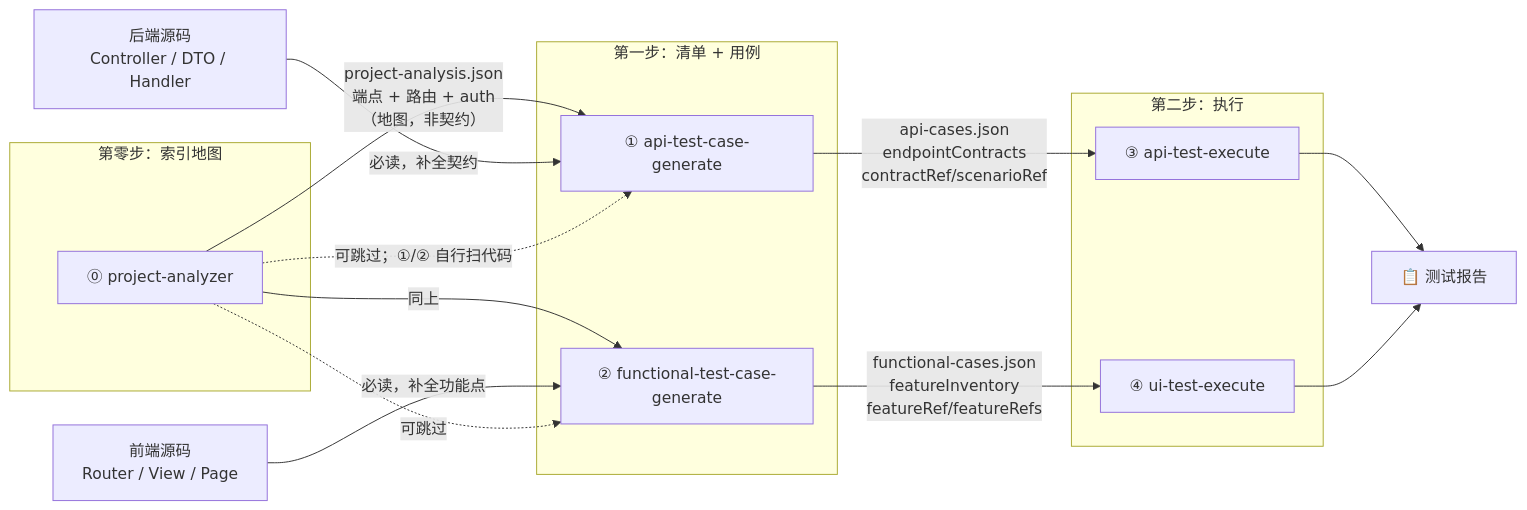
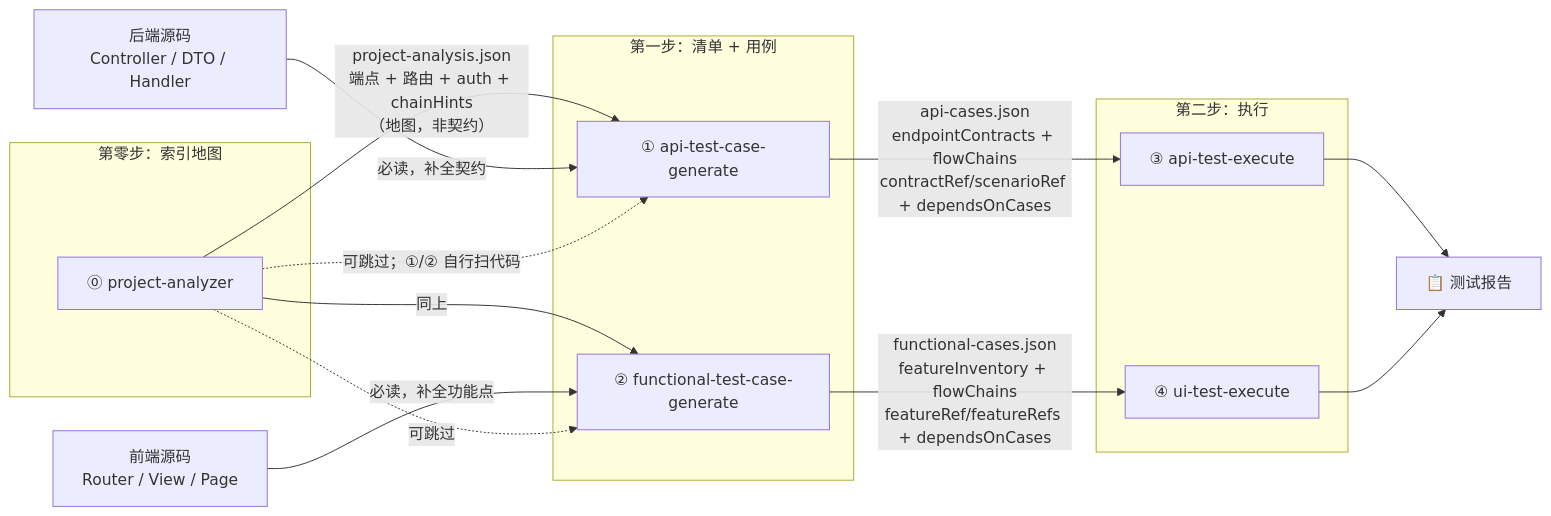
Before and after one commit to MakaCove/ai-test-pipeline: the second of 6 diagrams in 架构与流程.md, drawn with Mermaid. The commit also changed other lines of this file and 42 other files, not shown here.

````diff
--- a/架构与流程.md
+++ b/架构与流程.md
@@ -72,36 +72,36 @@
 ```mermaid
 flowchart LR
     subgraph 第零步["第零步：索引地图"]
         S0["⓪ project-analyzer"]
     end
 
     subgraph 第一步["第一步：清单 + 用例"]
         S1["① api-test-case-generate"]
         S2["② functional-test-case-generate"]
     end
 
     subgraph 第二步["第二步：执行"]
         S3["③ api-test-execute"]
         S4["④ ui-test-execute"]
     end
 
     SRC_BE["后端源码<br/>Controller / DTO / Handler"]
     SRC_FE["前端源码<br/>Router / View / Page"]
 
-    S0 -->|"project-analysis.json<br/>端点 + 路由 + auth<br/>（地图，非契约）"| S1
+    S0 -->|"project-analysis.json<br/>端点 + 路由 + auth + chainHints<br/>（地图，非契约）"| S1
     S0 -->|"同上"| S2
 
     SRC_BE -->|"必读，补全契约"| S1
     SRC_FE -->|"必读，补全功能点"| S2
 
-    S1 -->|"api-cases.json<br/>endpointContracts<br/>contractRef/scenarioRef"| S3
-    S2 -->|"functional-cases.json<br/>featureInventory<br/>featureRef/featureRefs"| S4
+    S1 -->|"api-cases.json<br/>endpointContracts + flowChains<br/>contractRef/scenarioRef + dependsOnCases"| S3
+    S2 -->|"functional-cases.json<br/>featureInventory + flowChains<br/>featureRef/featureRefs + dependsOnCases"| S4
 
     S3 --> 终
     S4 --> 终
 
     S0 -.->|"可跳过；①/② 自行扫代码"| S1
     S0 -.->|"可跳过"| S2
 
     终["📋 测试报告"]
 ```
````
